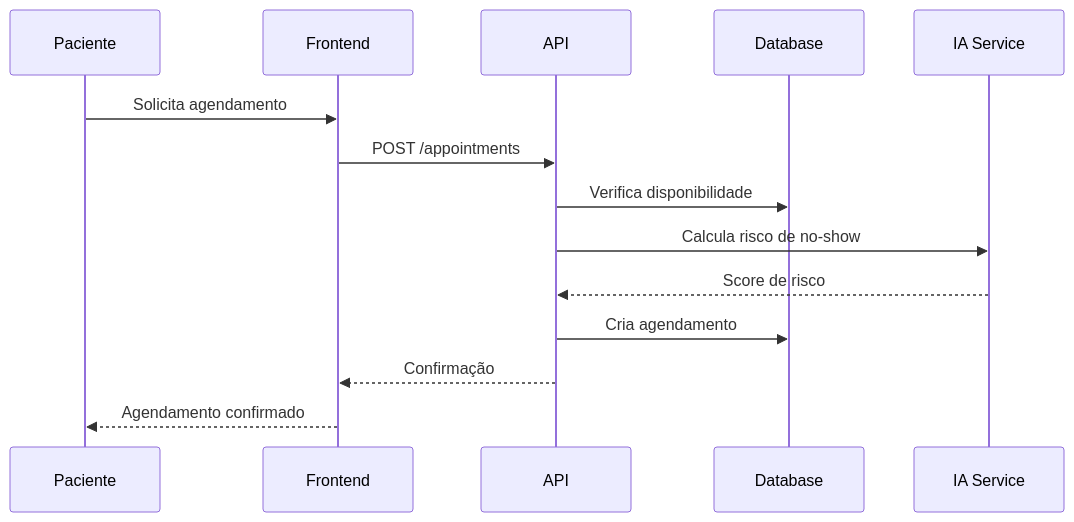
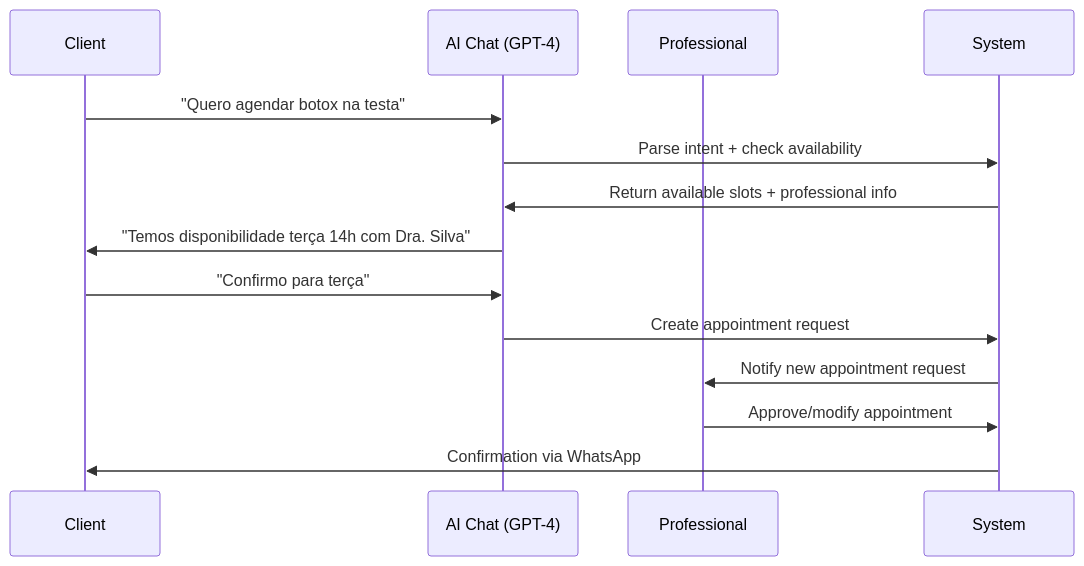
Before and after one commit to GrupoUS/neonpro: the second of 4 diagrams in docs/architecture.md, drawn with Mermaid. The commit also changed other lines of this file and 250 other files, not shown here.

````diff
--- a/docs/architecture.md
+++ b/docs/architecture.md
@@ -273,17 +116,17 @@
 ```mermaid
 sequenceDiagram
-    participant P as Paciente
-    participant F as Frontend
-    participant A as API
-    participant D as Database
-    participant AI as IA Service
+    participant C as Client
+    participant AI as AI Chat (GPT-4)
+    participant P as Professional
+    participant S as System
 
-    P->>F: Solicita agendamento
-    F->>A: POST /appointments
-    A->>D: Verifica disponibilidade
-    A->>AI: Calcula risco de no-show
-    AI-->>A: Score de risco
-    A->>D: Cria agendamento
-    A-->>F: Confirmação
-    F-->>P: Agendamento confirmado
+    C->>AI: "Quero agendar botox na testa"
+    AI->>S: Parse intent + check availability
+    S->>AI: Return available slots + professional info
+    AI->>C: "Temos disponibilidade terça 14h com Dra. Silva"
+    C->>AI: "Confirmo para terça"
+    AI->>S: Create appointment request
+    S->>P: Notify new appointment request
+    P->>S: Approve/modify appointment
+    S->>C: Confirmation via WhatsApp
 ```
````
